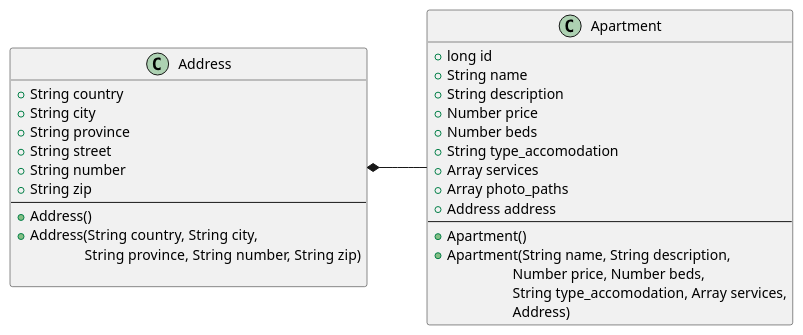
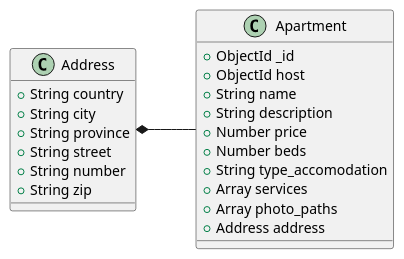
Before and after one commit to TommasoScalici/BnB: the diagram in app-diagrams/class/apartment.wsd, drawn with PlantUML. The commit also changed 4 other files, not shown here.

```diff
--- a/app-diagrams/class/apartment.wsd
+++ b/app-diagrams/class/apartment.wsd
@@ -1,38 +1,28 @@
 @startuml classdiagram
 left to right direction
 
 class Apartment {
-  +long id
+  +ObjectId _id
+  +ObjectId host
   +String name
   +String description
   +Number price
   +Number beds
   +String type_accomodation
   +Array services
   +Array photo_paths
   +Address address
-  --
-  +Apartment()
-  +Apartment(String name, String description,   
-  \t          Number price, Number beds, 
-  \t          String type_accomodation, Array services,
-  \t          Address)
 }
 
 class Address {
     +String country
     +String city
     +String province
     +String street
     +String number
     +String zip
-    --
-    +Address()
-    +Address(String country, String city,
-\t       String province, String number, String zip)
-
 }
 
 Address *-- Apartment
 
 @enduml
```
